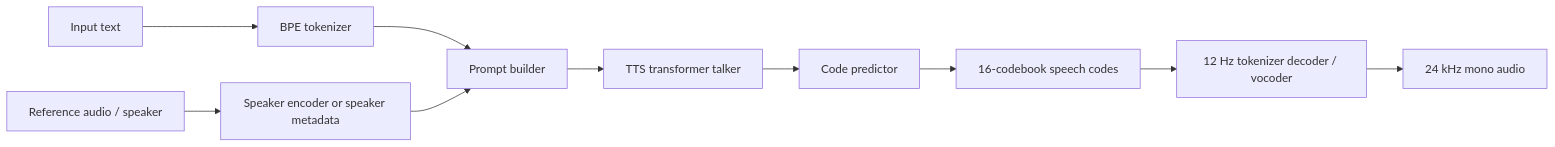
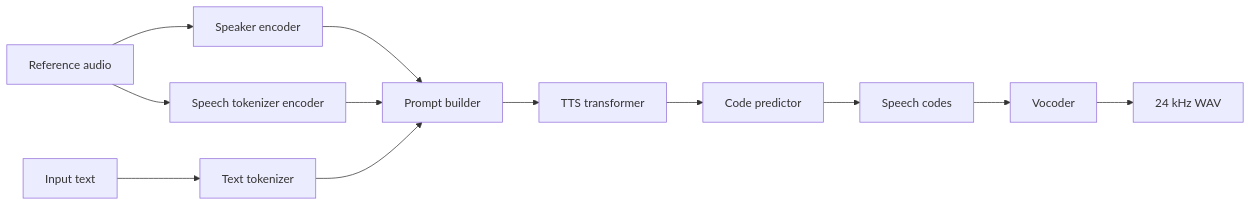
Before and after one commit to buptczq/qwen3-tts.cpp: the diagram in README.md, drawn with Mermaid. The commit also changed other lines of this file and 3 other files, not shown here.

````diff
--- a/README.md
+++ b/README.md
@@ -278,12 +323,14 @@
 ```mermaid
 flowchart LR
-    text["Input text"] --> tokenizer["BPE tokenizer"]
-    ref["Reference audio / speaker"] --> speaker["Speaker encoder or speaker metadata"]
-    tokenizer --> prompt["Prompt builder"]
-    speaker --> prompt
-    prompt --> talker["TTS transformer talker"]
+    text["Input text"] --> tokenizer["Text tokenizer"]
+    ref["Reference audio"] --> speaker["Speaker encoder"]
+    ref --> speechenc["Speech tokenizer encoder"]
+    speaker --> prompt["Prompt builder"]
+    speechenc --> prompt
+    tokenizer --> prompt
+    prompt --> talker["TTS transformer"]
     talker --> predictor["Code predictor"]
-    predictor --> codes["16-codebook speech codes"]
-    codes --> vocoder["12 Hz tokenizer decoder / vocoder"]
-    vocoder --> wav["24 kHz mono audio"]
+    predictor --> codes["Speech codes"]
+    codes --> vocoder["Vocoder"]
+    vocoder --> wav["24 kHz WAV"]
 ```
````
